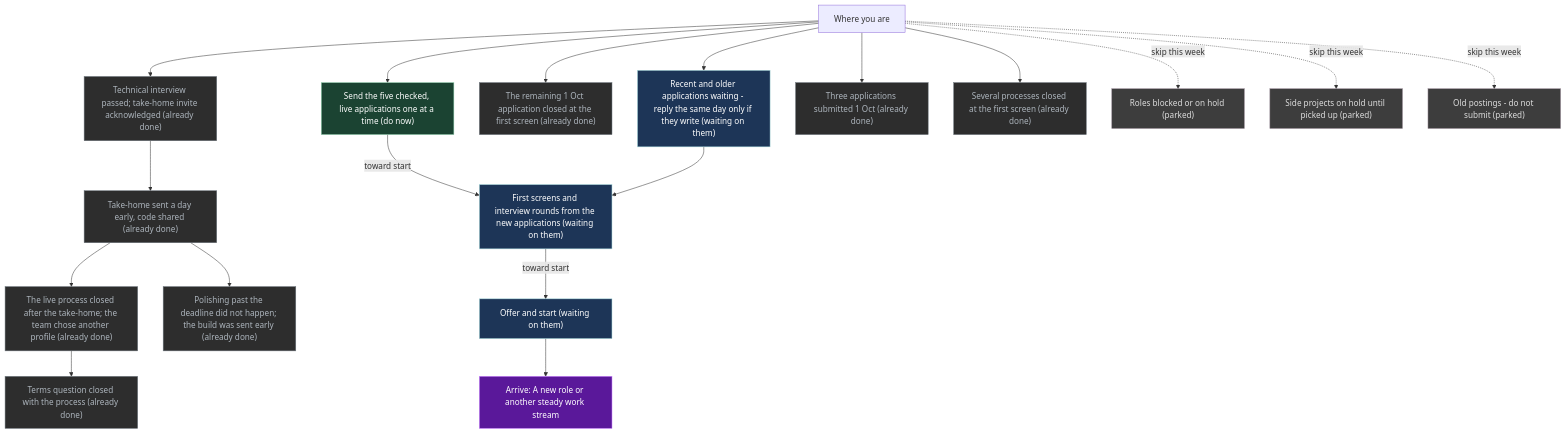
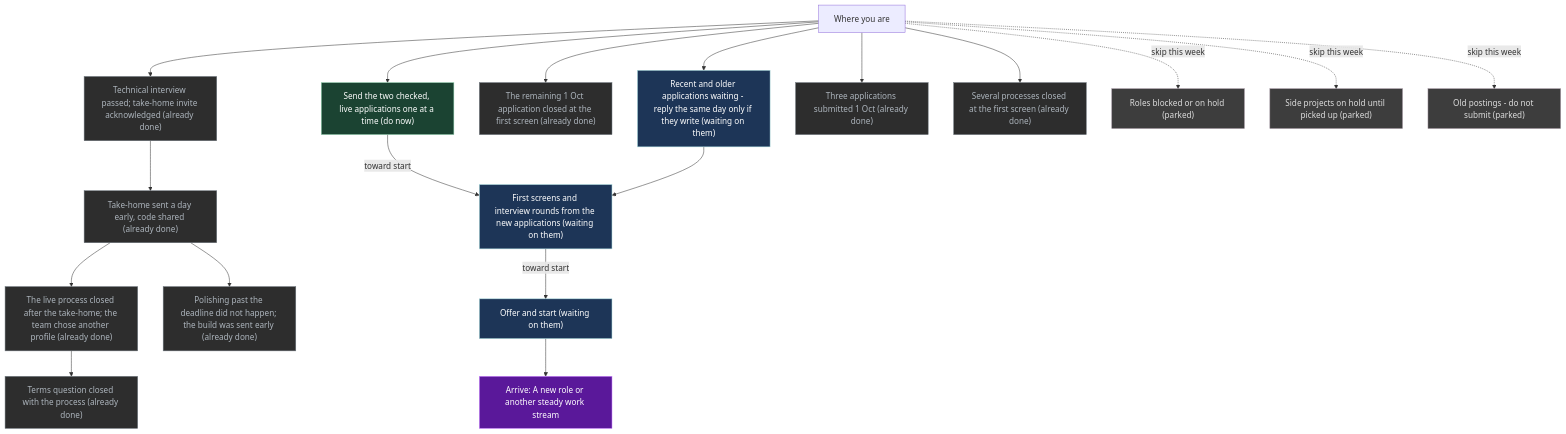
Before and after one commit to p10ns11y/life-os: the diagram in UI/Mission.md, drawn with Mermaid. The commit also changed other lines of this file, not shown here.

````diff
--- a/UI/Mission.md
+++ b/UI/Mission.md
@@ -70,47 +70,47 @@
 ```mermaid
 flowchart TB
   x["Where you are"]
   G["Arrive: A new role or another steady work stream"]
   S0["Technical interview passed; take-home invite acknowledged (already done)"]
   S4["Take-home sent a day early, code shared (already done)"]
   S4b["The live process closed after the take-home; the team chose another profile (already done)"]
-  S7["Send the five checked, live applications one at a time (do now)"]
+  S7["Send the two checked, live applications one at a time (do now)"]
   S8["First screens and interview rounds from the new applications (waiting on them)"]
   S5["Offer and start (waiting on them)"]
   S6["The remaining 1 Oct application closed at the first screen (already done)"]
   S1["Recent and older applications waiting - reply the same day only if they write (waiting on them)"]
   R1["Terms question closed with the process (already done)"]
   R2["Polishing past the deadline did not happen; the build was sent early (already done)"]
   S3["Three applications submitted 1 Oct (already done)"]
   D1["Several processes closed at the first screen (already done)"]
   P1["Roles blocked or on hold (parked)"]
   P2["Side projects on hold until picked up (parked)"]
   P3["Old postings - do not submit (parked)"]
   x --> S0
   S0 --> S4
   S4 --> S4b
   x --> S7
   S7 -->|"toward start"| S8
   S1 --> S8
   S8 -->|"toward start"| S5
   x --> S6
   x --> S1
   S4b --> R1
   S4 --> R2
   x --> S3
   x --> D1
   x -.->|"skip this week"| P1
   x -.->|"skip this week"| P2
   x -.->|"skip this week"| P3
   S5 --> G
   classDef do fill:#1b4332,stroke:#95d5b2,color:#fff
   classDef wait fill:#1d3557,stroke:#a8dadc,color:#fff
   classDef park fill:#3d3d3d,stroke:#9a8c98,color:#ddd
   classDef done fill:#2d2d2d,stroke:#6c757d,color:#adb5bd
   classDef goal fill:#5a189a,stroke:#c77dff,color:#fff
   class G goal
   class S7 do
   class S8,S5,S1 wait
   class P1,P2,P3 park
   class S0,S4,S4b,S6,R1,R2,S3,D1 done
 ```
````
